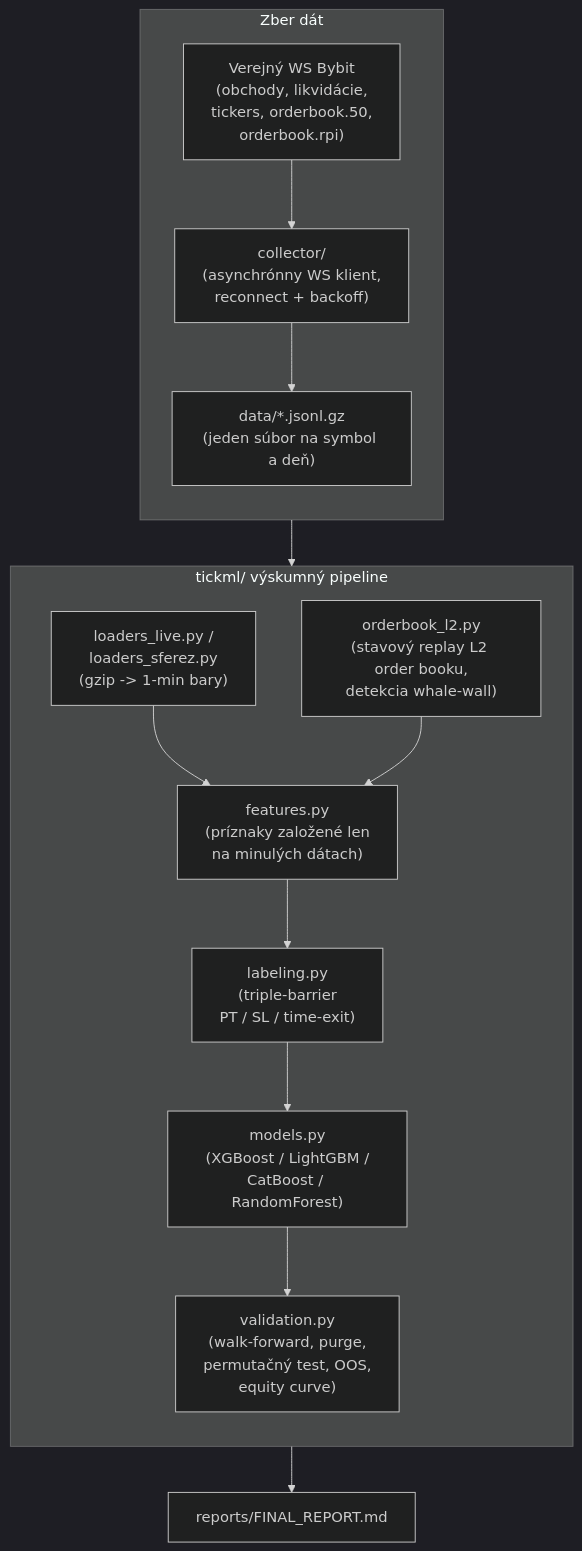
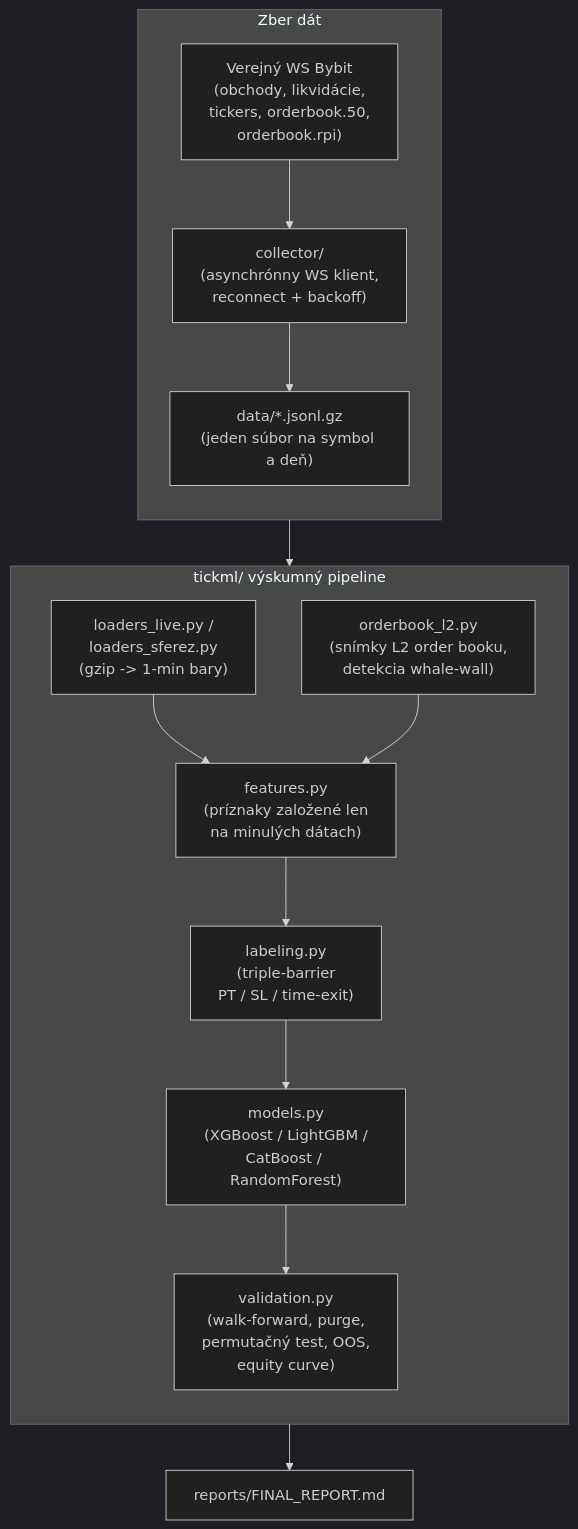
One commit to nadeko0/edge-or-noise changed the first of 3 diagrams in README.sk.md. Above: the diagram before and after it, drawn with Mermaid (dark theme). The commit also changed other lines of this file and 11 other files, not shown here.

````diff
--- a/README.sk.md
+++ b/README.sk.md
@@ -147,26 +162,26 @@
 ```mermaid
 flowchart TD
     subgraph Collection["Zber dát"]
         direction TB
         WS["Verejný WS Bybit<br/>(obchody, likvidácie,<br/>tickers, orderbook.50,<br/>orderbook.rpi)"]
         COL["collector/<br/>(asynchrónny WS klient,<br/>reconnect + backoff)"]
         DISK["data/*.jsonl.gz<br/>(jeden súbor na symbol a deň)"]
         WS --> COL --> DISK
     end
 
     subgraph Research["tickml/ výskumný pipeline"]
         direction TB
         LOAD["loaders_live.py /<br/>loaders_sferez.py<br/>(gzip -> 1-min bary)"]
-        L2["orderbook_l2.py<br/>(stavový replay L2 order booku,<br/>detekcia whale-wall)"]
+        L2["orderbook_l2.py<br/>(snímky L2 order booku,<br/>detekcia whale-wall)"]
         FEAT["features.py<br/>(príznaky založené len<br/>na minulých dátach)"]
         LABEL["labeling.py<br/>(triple-barrier<br/>PT / SL / time-exit)"]
         MODEL["models.py<br/>(XGBoost / LightGBM /<br/>CatBoost / RandomForest)"]
         VALID["validation.py<br/>(walk-forward, purge,<br/>permutačný test, OOS,<br/>equity curve)"]
         LOAD --> FEAT
         L2 --> FEAT
         FEAT --> LABEL --> MODEL --> VALID
     end
 
     Collection --> Research
     VALID --> REPORT["reports/FINAL_REPORT.md"]
 ```
````
